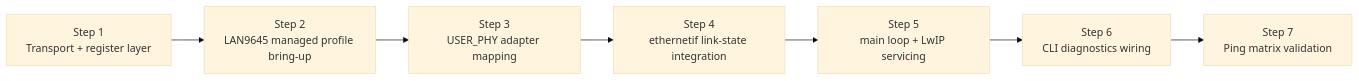
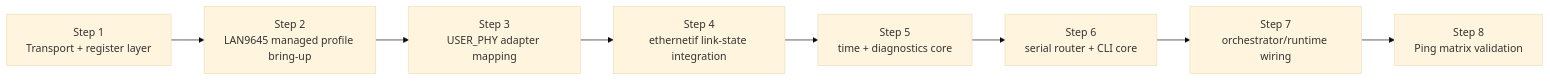
Before and after one commit to SamuelCicuitStudio/LAN9645-STM32-Managed-Ethernet-Switch: the second of 2 diagrams in Design/firmware/LAN9645_library_implementation_plan.md, drawn with Mermaid (base theme). The commit also changed other lines of this file and 3 other files, not shown here.

````diff
--- a/Design/firmware/LAN9645_library_implementation_plan.md
+++ b/Design/firmware/LAN9645_library_implementation_plan.md
@@ -52,9 +46,10 @@
 ```mermaid
 flowchart LR
     S1[Step 1<br/>Transport + register layer] --> S2[Step 2<br/>LAN9645 managed profile bring-up]
     S2 --> S3[Step 3<br/>USER_PHY adapter mapping]
     S3 --> S4[Step 4<br/>ethernetif link-state integration]
-    S4 --> S5[Step 5<br/>main loop + LwIP servicing]
-    S5 --> S6[Step 6<br/>CLI diagnostics wiring]
-    S6 --> S7[Step 7<br/>Ping matrix validation]
+    S4 --> S5[Step 5<br/>time + diagnostics core]
+    S5 --> S6[Step 6<br/>serial router + CLI core]
+    S6 --> S7[Step 7<br/>orchestrator/runtime wiring]
+    S7 --> S8[Step 8<br/>Ping matrix validation]
 ```
````
